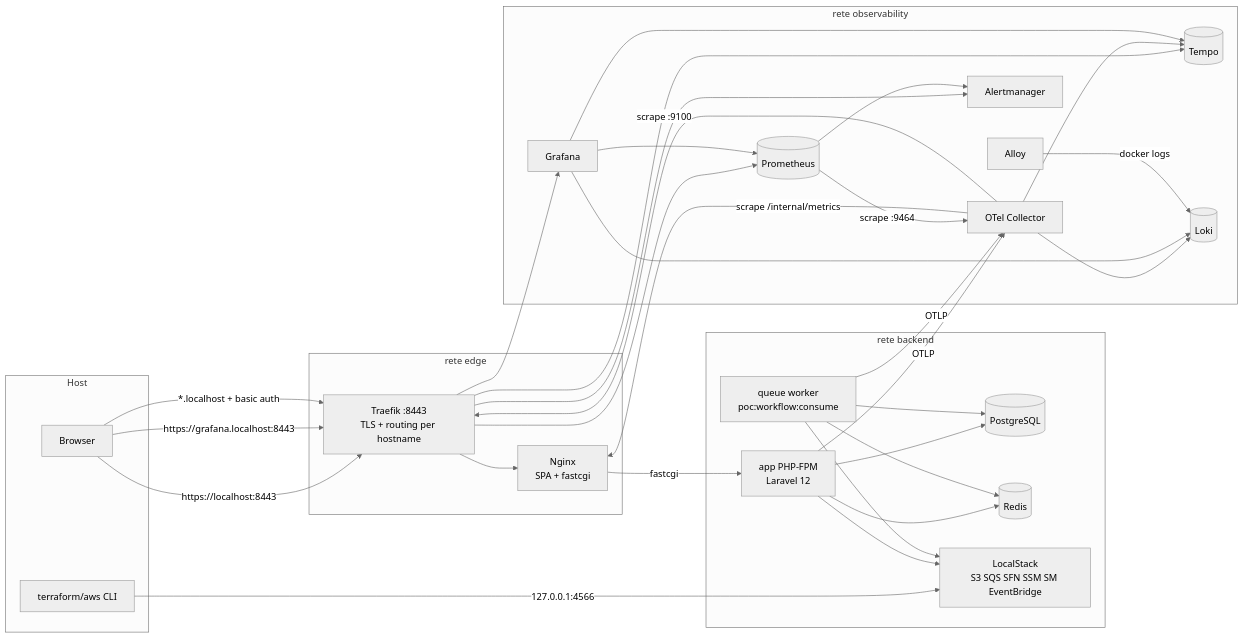
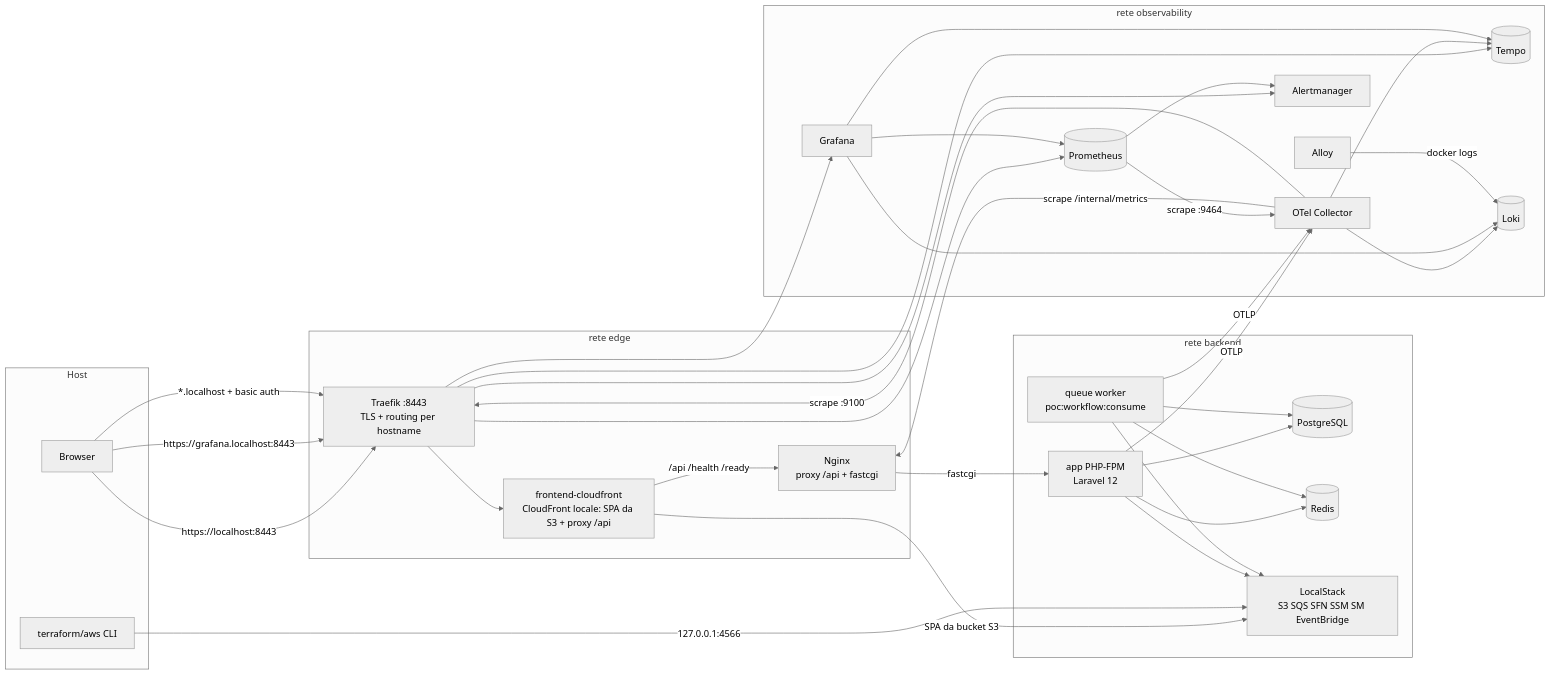
Before and after one commit to aLittleByte-19/MVP: the first of 2 diagrams in docs/IMPLEMENTATION_OVERVIEW.md, drawn with Mermaid (neutral theme). The commit also changed other lines of this file and 234 other files, not shown here.

````diff
--- a/docs/IMPLEMENTATION_OVERVIEW.md
+++ b/docs/IMPLEMENTATION_OVERVIEW.md
@@ -59,40 +59,43 @@
 ```mermaid
 flowchart LR
     subgraph host[Host]
         B[Browser]
         TF[terraform/aws CLI]
     end
     subgraph edge[rete edge]
         T[Traefik :8443<br/>TLS + routing per hostname]
-        N[Nginx<br/>SPA + fastcgi]
+        FC[frontend-cloudfront<br/>CloudFront locale: SPA da S3 + proxy /api]
+        N[Nginx<br/>proxy /api + fastcgi]
     end
     subgraph backend[rete backend]
         A[app PHP-FPM<br/>Laravel 12]
         Q[queue worker<br/>poc:workflow:consume]
         PG[(PostgreSQL)]
         R[(Redis)]
         LS[LocalStack<br/>S3 SQS SFN SSM SM EventBridge]
     end
     subgraph obs[rete observability]
         OC[OTel Collector]
         P[(Prometheus)]
         TE[(Tempo)]
         LK[(Loki)]
         AL[Alloy]
         AM[Alertmanager]
         G[Grafana]
     end
-    B -->|https://localhost:8443| T --> N -->|fastcgi| A
+    B -->|https://localhost:8443| T --> FC
+    FC -->|SPA da bucket S3| LS
+    FC -->|/api /health /ready| N -->|fastcgi| A
     B -->|https://grafana.localhost:8443| T --> G
     B -->|*.localhost + basic auth| T --> P & AM & TE
     TF -->|127.0.0.1:4566| LS
     A & Q --> PG & R & LS
     A & Q -->|OTLP| OC
     OC -->|scrape /internal/metrics| N
     OC -->|scrape :9100| T
     OC --> TE & LK
     P -->|scrape :9464| OC
     P --> AM
     G --> P & TE & LK
     AL -->|docker logs| LK
 ```
````
